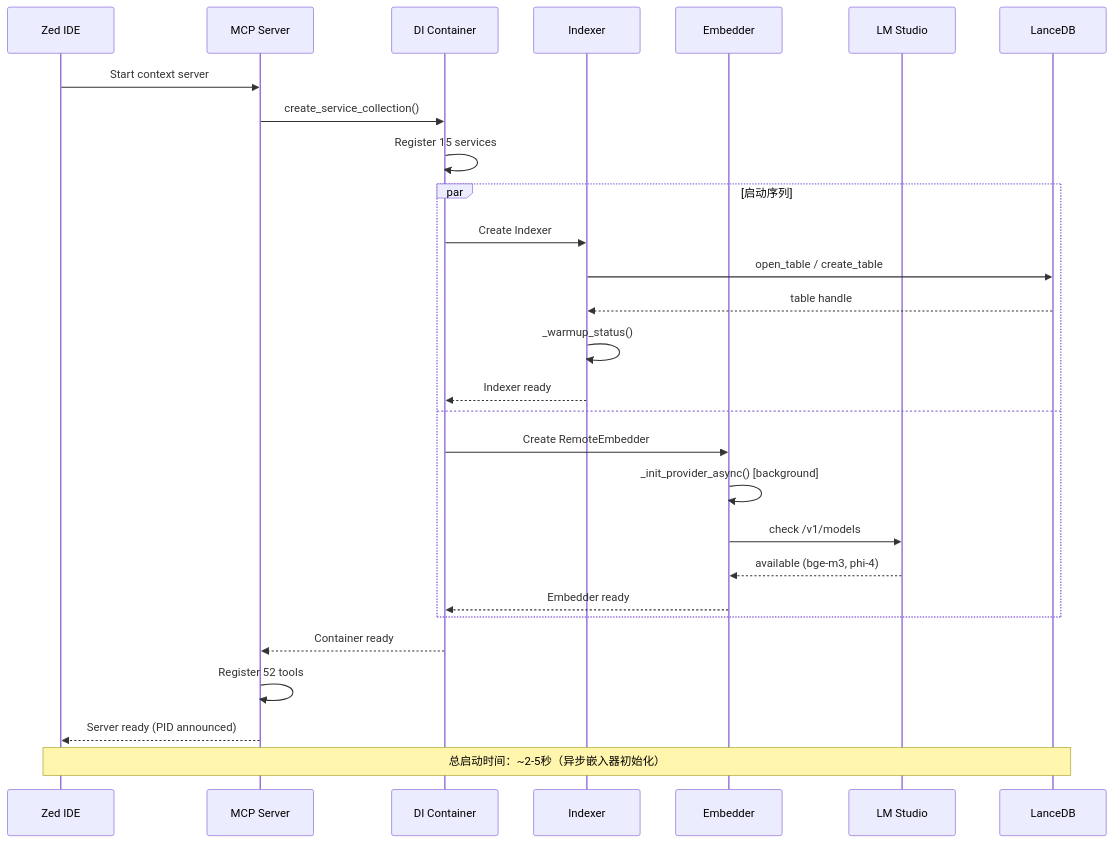
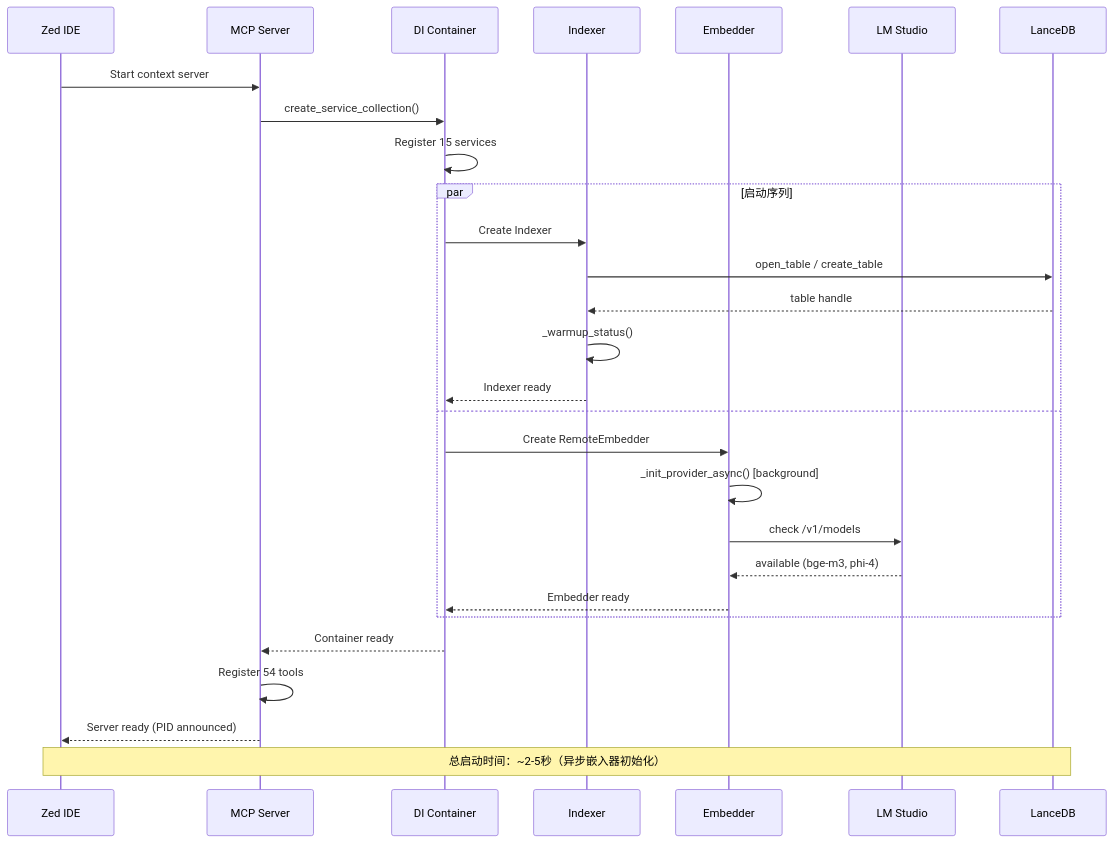
Before and after one commit to ManSio/mscodebase-intelligence: the fifth of 8 diagrams in docs/zh/ARCHITECTURE_DEEP.md, drawn with Mermaid. The commit also changed other lines of this file and 36 other files, not shown here.

First line of the commit message:
feat(lsp): type-info/diagnostics MCP tools + pre-flight check_types in WriteTool

````diff
--- a/docs/zh/ARCHITECTURE_DEEP.md
+++ b/docs/zh/ARCHITECTURE_DEEP.md
@@ -178,34 +178,34 @@
 ```mermaid
 sequenceDiagram
     participant Zed as Zed IDE
     participant MCP as MCP Server
     participant DI as DI Container
     participant IX as Indexer
     participant EM as Embedder
     participant LM as LM Studio
     participant DB as LanceDB
 
     Zed->>MCP: Start context server
     MCP->>DI: create_service_collection()
     DI->>DI: Register 15 services
     
     par 启动序列
         DI->>IX: Create Indexer
         IX->>DB: open_table / create_table
         DB-->>IX: table handle
         IX->>IX: _warmup_status()
         IX-->>DI: Indexer ready
     and
         DI->>EM: Create RemoteEmbedder
         EM->>EM: _init_provider_async() [background]
         EM->>LM: check /v1/models
         LM-->>EM: available (bge-m3, phi-4)
         EM-->>DI: Embedder ready
     end
     
     DI-->>MCP: Container ready
-    MCP->>MCP: Register 52 tools
+    MCP->>MCP: Register 54 tools
     MCP-->>Zed: Server ready (PID announced)
     
     Note over Zed,DB: 总启动时间：~2-5秒（异步嵌入器初始化）
 ```
````
